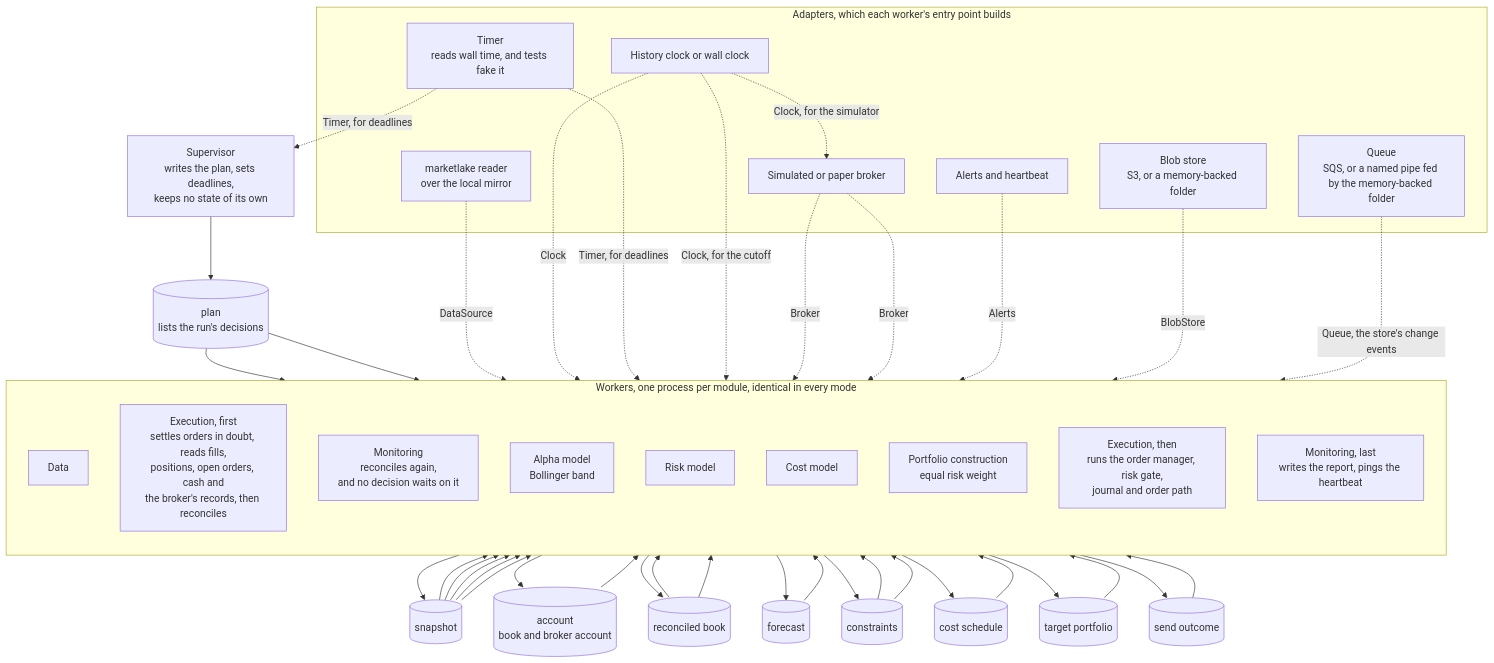
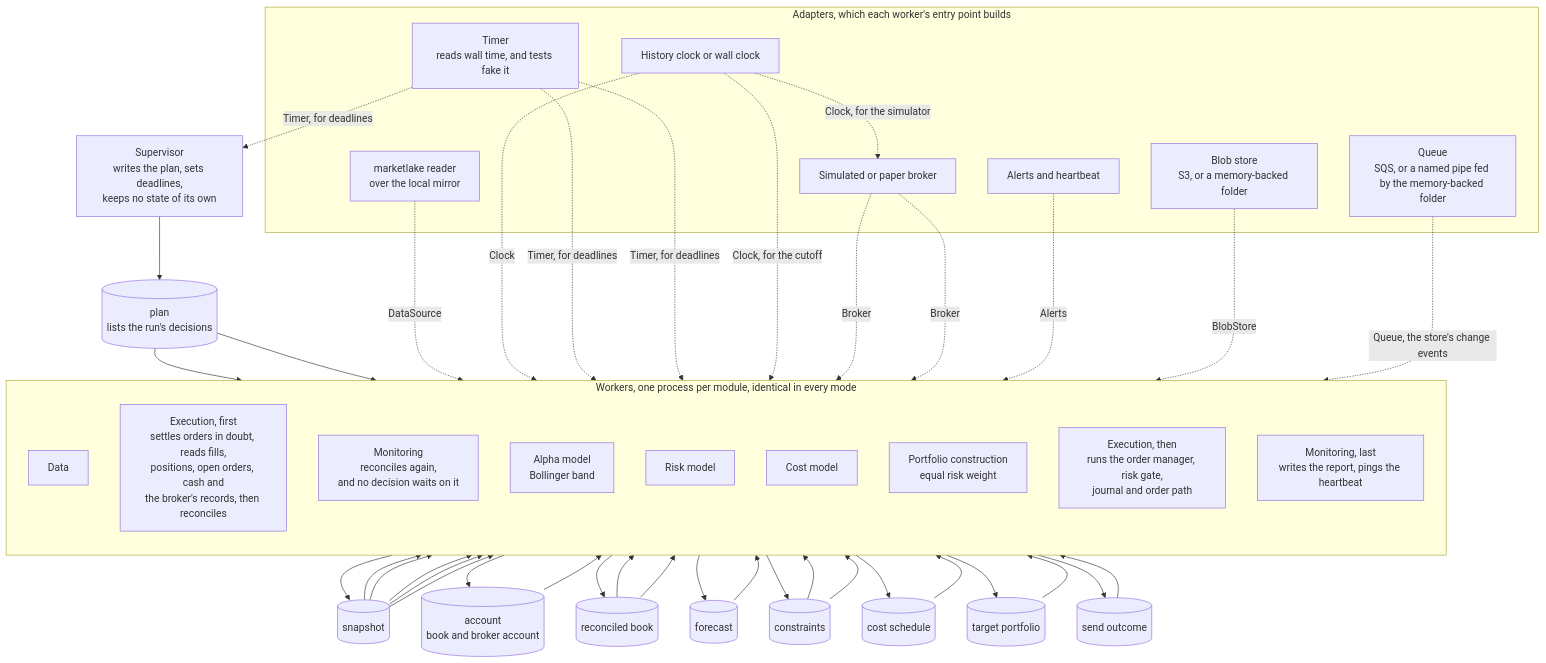
One commit to l3a0/ithildin-runtime changed the first of 7 diagrams in docs/architecture/05-building-blocks.md. Above: the diagram before and after it, drawn with Mermaid. The commit also changed other lines of this file and 13 other files, not shown here.

First line of the commit message:
docs: apply round 1 of a review of the merged slice 1 architecture and design

````diff
--- a/docs/architecture/05-building-blocks.md
+++ b/docs/architecture/05-building-blocks.md
@@ -41,69 +41,70 @@
 ```mermaid
 flowchart TB
     sup["Supervisor<br/>writes the plan, sets deadlines,<br/>keeps no state of its own"]
     plan[("plan<br/>lists the run's decisions")]
     sup --> plan
 
     subgraph workers["Workers, one process per module, identical in every mode"]
         direction TB
         data["Data"]
         exec_recover["Execution, first<br/>settles orders in doubt, reads fills,<br/>positions, open orders, cash and<br/>the broker's records, then reconciles"]
         mon_recon["Monitoring<br/>reconciles again,<br/>and no decision waits on it"]
         alpha["Alpha model<br/>Bollinger band"]
         risk["Risk model"]
         cost["Cost model"]
         pc["Portfolio construction<br/>equal risk weight"]
         exec_send["Execution, then<br/>runs the order manager, risk gate,<br/>journal and order path"]
         mon_report["Monitoring, last<br/>writes the report, pings the heartbeat"]
     end
 
     snap[("snapshot")]
     acct[("account<br/>book and broker account")]
     book[("reconciled book")]
     fc[("forecast")]
     cons[("constraints")]
     sched[("cost schedule")]
     target[("target portfolio")]
     outcome[("send outcome")]
 
     plan --> data
     plan --> exec_recover
     snap --> exec_recover
     data --> snap
     exec_recover --> acct --> mon_recon
     exec_recover --> book
     snap --> alpha --> fc
     snap --> risk
     book --> risk --> cons
     snap --> cost --> sched
     fc --> pc
     cons --> pc
     sched --> pc
     book --> pc --> target
     target --> exec_send
     cons --> exec_send
     snap --> exec_send
     exec_send --> outcome --> mon_report
 
     subgraph adapters["Adapters, which each worker's entry point builds"]
         lakesrc["marketlake reader<br/>over the local mirror"]
         clock["History clock or wall clock"]
         timer["Timer<br/>reads wall time, and tests fake it"]
         broker["Simulated or paper broker"]
         store["Blob store<br/>S3, or a memory-backed folder"]
         alertsink["Alerts and heartbeat"]
         queue["Queue<br/>SQS, or a named pipe fed by the memory-backed folder"]
     end
 
     lakesrc -. "DataSource" .-> data
     clock -. "Clock" .-> data
     timer -. "Timer, for deadlines" .-> sup
     timer -. "Timer, for deadlines" .-> mon_report
+    timer -. "Timer, for deadlines" .-> exec_send
     clock -. "Clock, for the cutoff" .-> exec_send
     clock -. "Clock, for the simulator" .-> broker
     broker -. "Broker" .-> exec_recover
     broker -. "Broker" .-> exec_send
     store -. "BlobStore" .-> workers
     alertsink -. "Alerts" .-> mon_report
         queue -. "Queue, the store's change events" .-> workers
 ```
````
